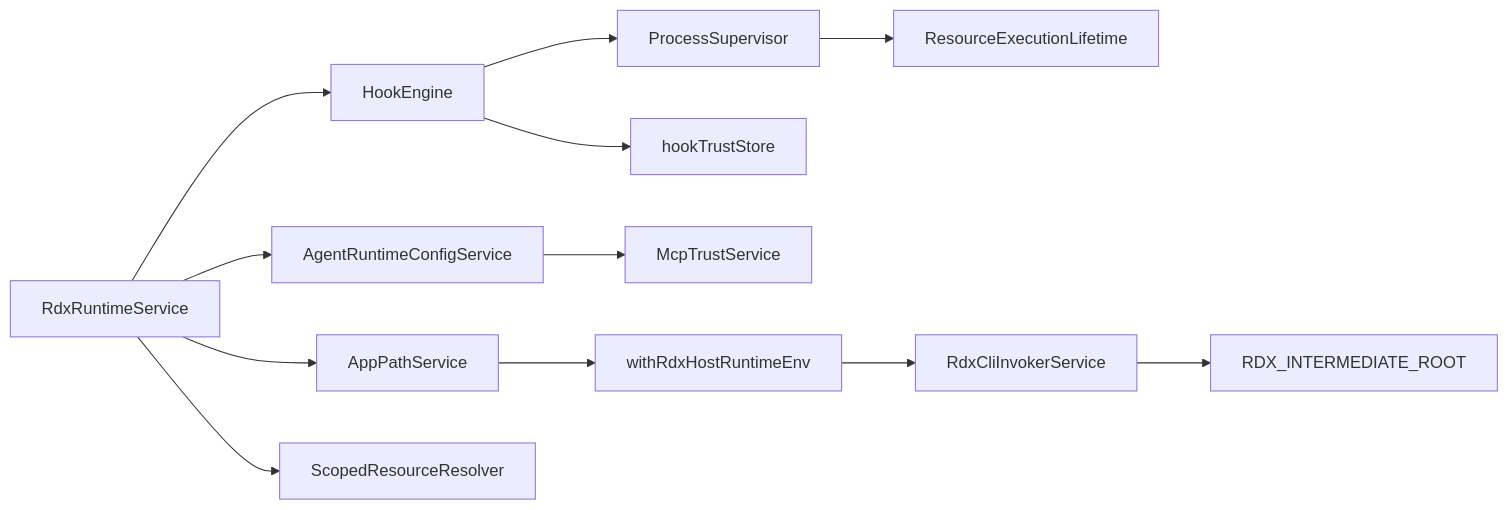
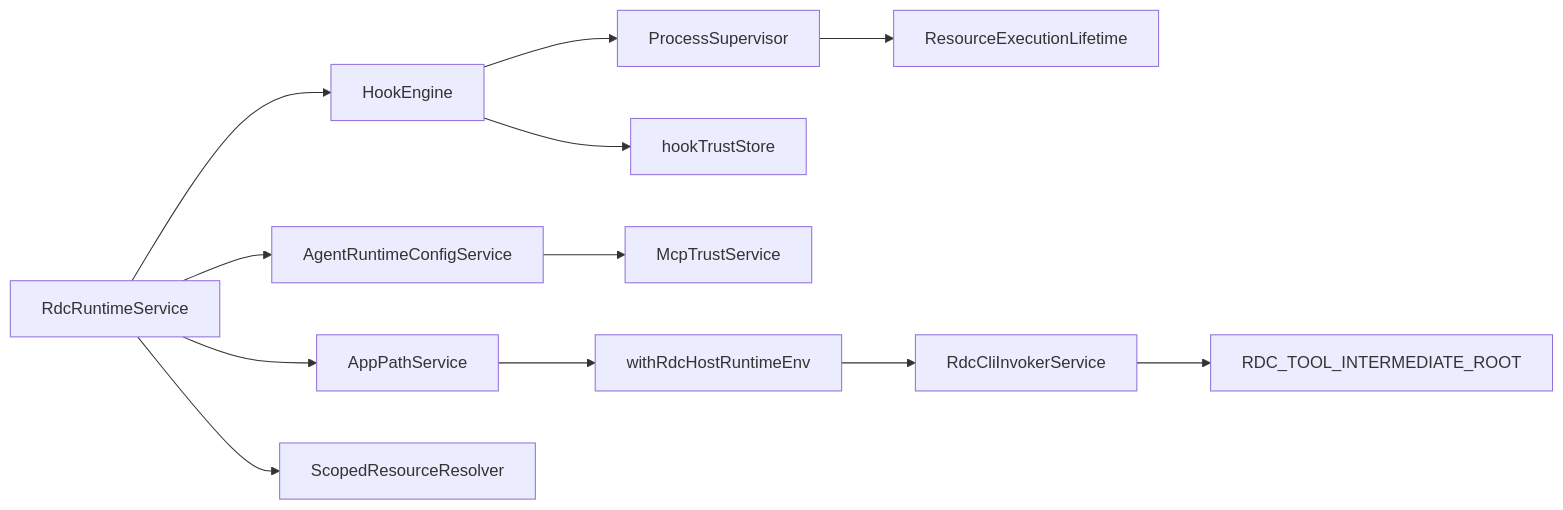
Before and after one commit to haolange/RDC-Agent: the ninth of 9 diagrams in .qoder/repowiki/zh/content/用户界面/设置面板/运行时设置.md, drawn with Mermaid. The commit also changed other lines of this file and 557 other files, not shown here.

First line of the commit message:
Unify RDC-Agent identity and canonical RDC-Tool integration

````diff
--- a/.qoder/repowiki/zh/content/用户界面/设置面板/运行时设置.md
+++ b/.qoder/repowiki/zh/content/用户界面/设置面板/运行时设置.md
@@ -392,14 +392,14 @@
 ```mermaid
 graph LR
-R["RdxRuntimeService"] --> P["AppPathService"]
+R["RdcRuntimeService"] --> P["AppPathService"]
 R --> H["HookEngine"]
 R --> C["AgentRuntimeConfigService"]
 R --> S["ScopedResourceResolver"]
 H --> PS["ProcessSupervisor"]
 H --> TS["hookTrustStore"]
 C --> MT["McpTrustService"]
 PS --> RL["ResourceExecutionLifetime"]
-P --> W["withRdxHostRuntimeEnv"]
-W --> RC["RdxCliInvokerService"]
-RC --> ENV["RDX_INTERMEDIATE_ROOT"]
+P --> W["withRdcHostRuntimeEnv"]
+W --> RC["RdcCliInvokerService"]
+RC --> ENV["RDC_TOOL_INTERMEDIATE_ROOT"]
 ```
````
